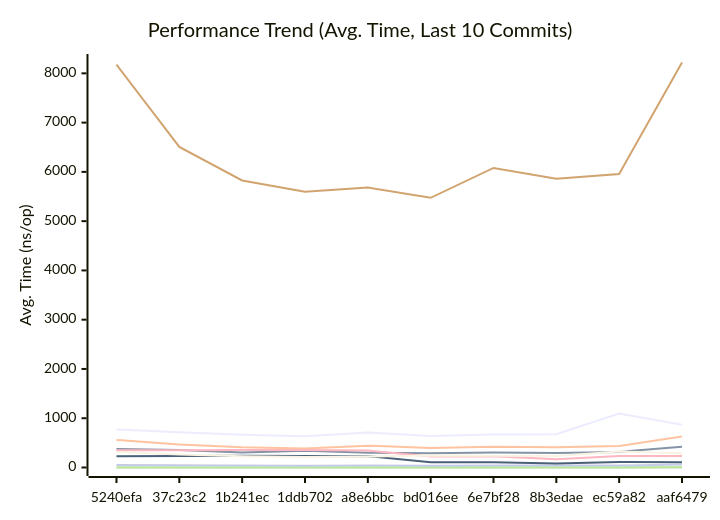
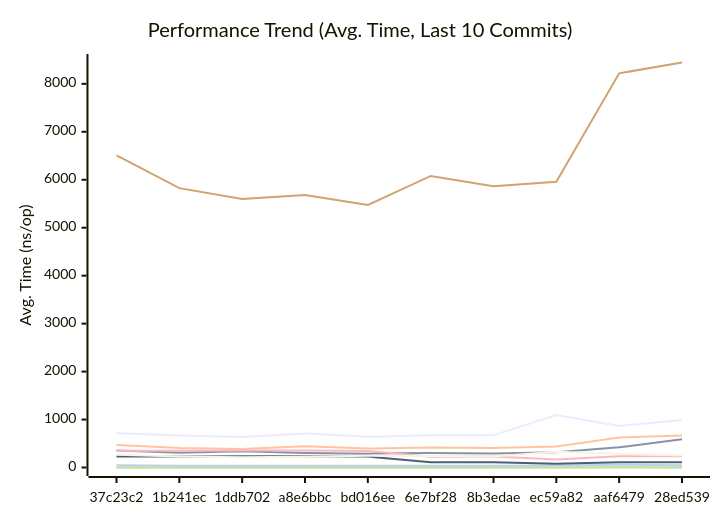
One commit to alsotoes/momo changed the first of 3 diagrams in docs/PERFORMANCE.md. Above: the diagram before and after it, drawn with Mermaid. The commit also changed other lines of this file and 5 other files, not shown here.

````diff
--- a/docs/PERFORMANCE.md
+++ b/docs/PERFORMANCE.md
@@ -128,18 +128,18 @@
 ```mermaid
 xychart-beta
     title "Performance Trend (Avg. Time, Last 10 Commits)"
     x-axis "Commit"
     y-axis "Avg. Time (ns/op)"
-    x-axis [5240efa,37c23c2,1b241ec,1ddb702,a8e6bbc,bd016ee,6e7bf28,8b3edae,ec59a82,aaf6479]
-    line "CheckMetricsAndSwap" [8,7,7,7,9,8,8,8,10,11]
-    line "CrushOptimized" [378,356,305,338,300,289,304,293,317,420]
-    line "CrushOriginal" [558,469,409,387,443,396,419,409,436,627]
-    line "IndexDirectTracking" [0,0,0,0,0,0,0,0,0,1]
-    line "IndexSearch" [2,2,2,1,2,2,2,2,2,3]
-    line "LoadGlobalConfig" [8176,6507,5825,5598,5683,5474,6080,5863,5958,8220]
-    line "PadString" [53,47,39,36,39,36,39,39,41,59]
+    x-axis [37c23c2,1b241ec,1ddb702,a8e6bbc,bd016ee,6e7bf28,8b3edae,ec59a82,aaf6479,28ed539]
+    line "CheckMetricsAndSwap" [7,7,7,9,8,8,8,10,11,9]
+    line "CrushOptimized" [356,305,338,300,289,304,293,317,420,587]
+    line "CrushOriginal" [469,409,387,443,396,419,409,436,627,667]
+    line "IndexDirectTracking" [0,0,0,0,0,0,0,0,1,0]
+    line "IndexSearch" [2,2,1,2,2,2,2,2,3,2]
+    line "LoadGlobalConfig" [6507,5825,5598,5683,5474,6080,5863,5958,8220,8445]
+    line "PadString" [47,39,36,39,36,39,39,41,59,49]
     line "ParseReplicationOrder_NoPrealloc" [350,349,357,354,345,225,229,165,232,234]
     line "ParseReplicationOrder_Prealloc" [229,231,237,234,229,108,107,80,110,109]
-    line "SanitizeLog/Safe" [316,266,229,212,222,245,238,231,326,287]
-    line "SanitizeLog/Unsafe" [775,714,667,636,710,640,671,675,1095,866]
+    line "SanitizeLog/Safe" [266,229,212,222,245,238,231,326,287,252]
+    line "SanitizeLog/Unsafe" [714,667,636,710,640,671,675,1095,866,989]
 ```
````
